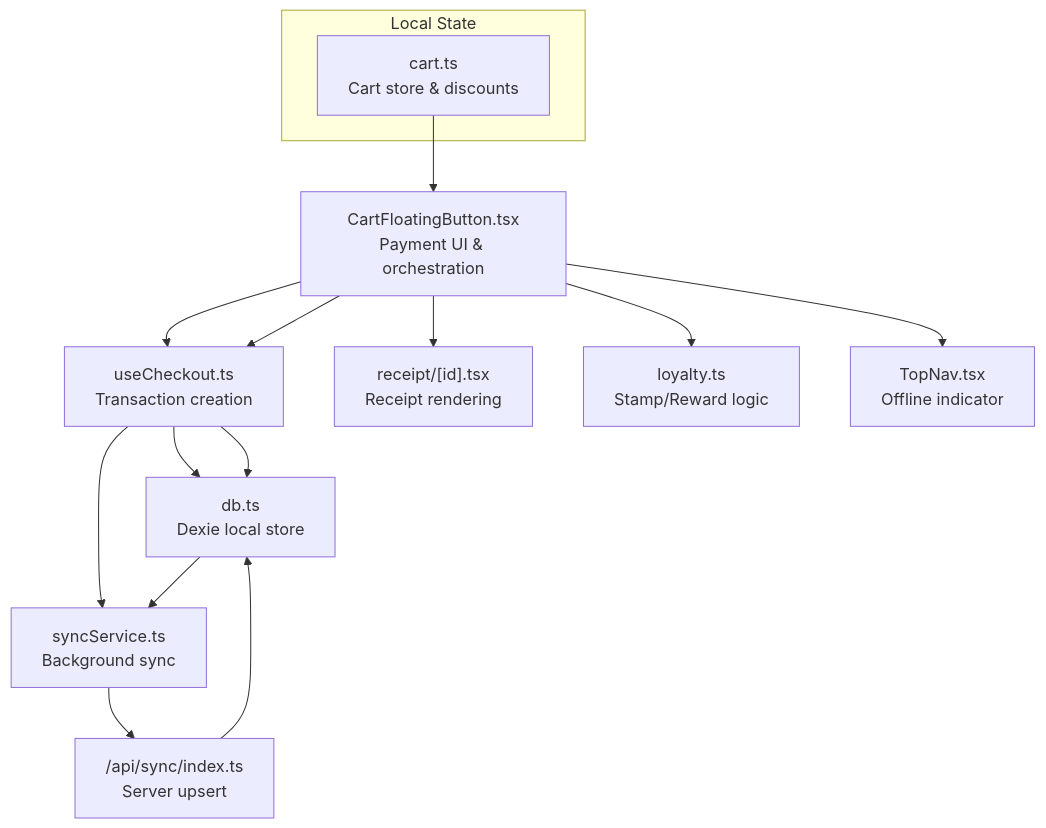
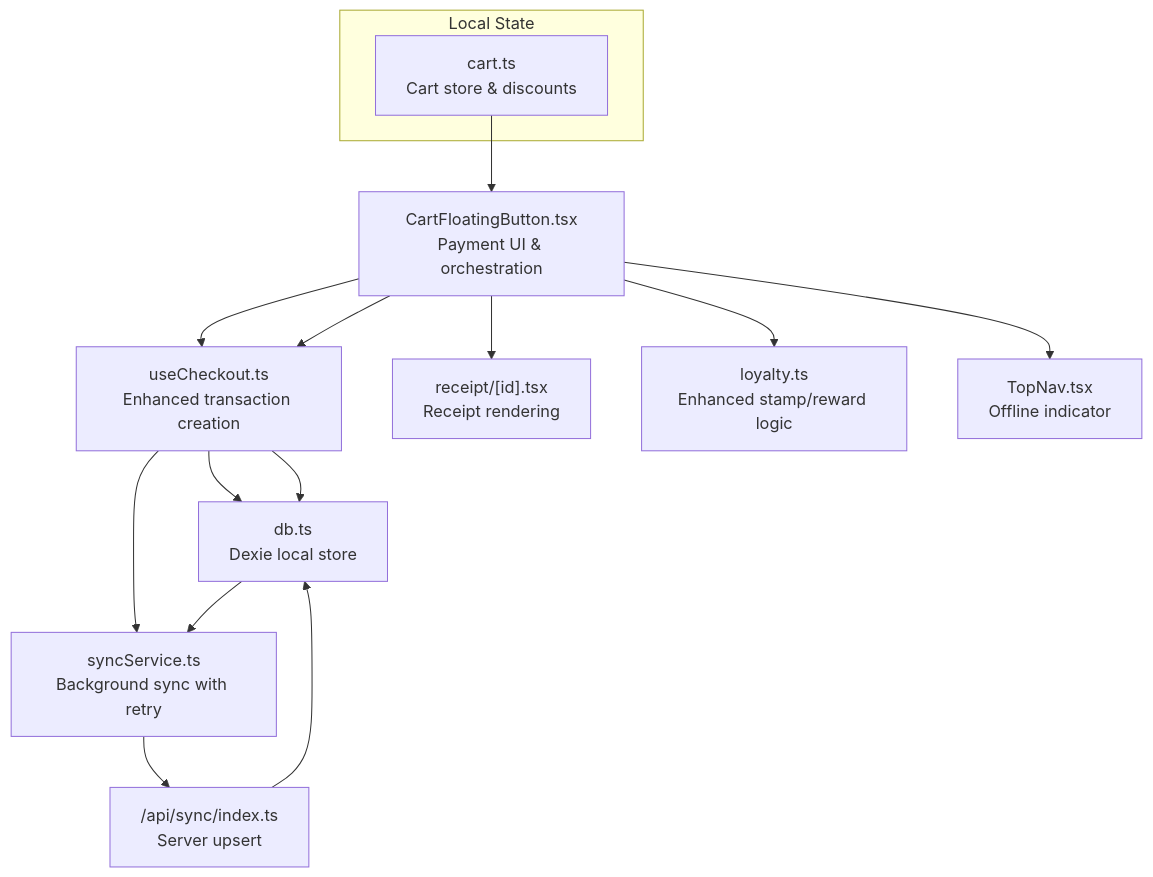
One commit to riod94/ngepos changed the first of 7 diagrams in .qoder/repowiki/en/content/POS System/Checkout Process.md. Above: the diagram before and after it, drawn with Mermaid. The commit also changed other lines of this file and 51 other files, not shown here.

````diff
--- a/.qoder/repowiki/en/content/POS System/Checkout Process.md
+++ b/.qoder/repowiki/en/content/POS System/Checkout Process.md
@@ -38,18 +47,18 @@
 ```mermaid
 graph TB
-UI["CartFloatingButton.tsx<br/>Payment UI & orchestration"] --> Hook["useCheckout.ts<br/>Transaction creation"]
+UI["CartFloatingButton.tsx<br/>Payment UI & orchestration"] --> Hook["useCheckout.ts<br/>Enhanced transaction creation"]
 Hook --> DBLocal["db.ts<br/>Dexie local store"]
-Hook --> Sync["syncService.ts<br/>Background sync"]
+Hook --> Sync["syncService.ts<br/>Background sync with retry"]
 Sync --> API["/api/sync/index.ts<br/>Server upsert"]
 UI --> Receipt["receipt/[id].tsx<br/>Receipt rendering"]
-UI --> Loyalty["loyalty.ts<br/>Stamp/Reward logic"]
+UI --> Loyalty["loyalty.ts<br/>Enhanced stamp/reward logic"]
 UI --> Offline["TopNav.tsx<br/>Offline indicator"]
 subgraph "Local State"
 Cart["cart.ts<br/>Cart store & discounts"]
 end
 Cart --> UI
 UI --> Hook
 Hook --> DBLocal
 DBLocal --> Sync
 API --> DBLocal
 ```
````
